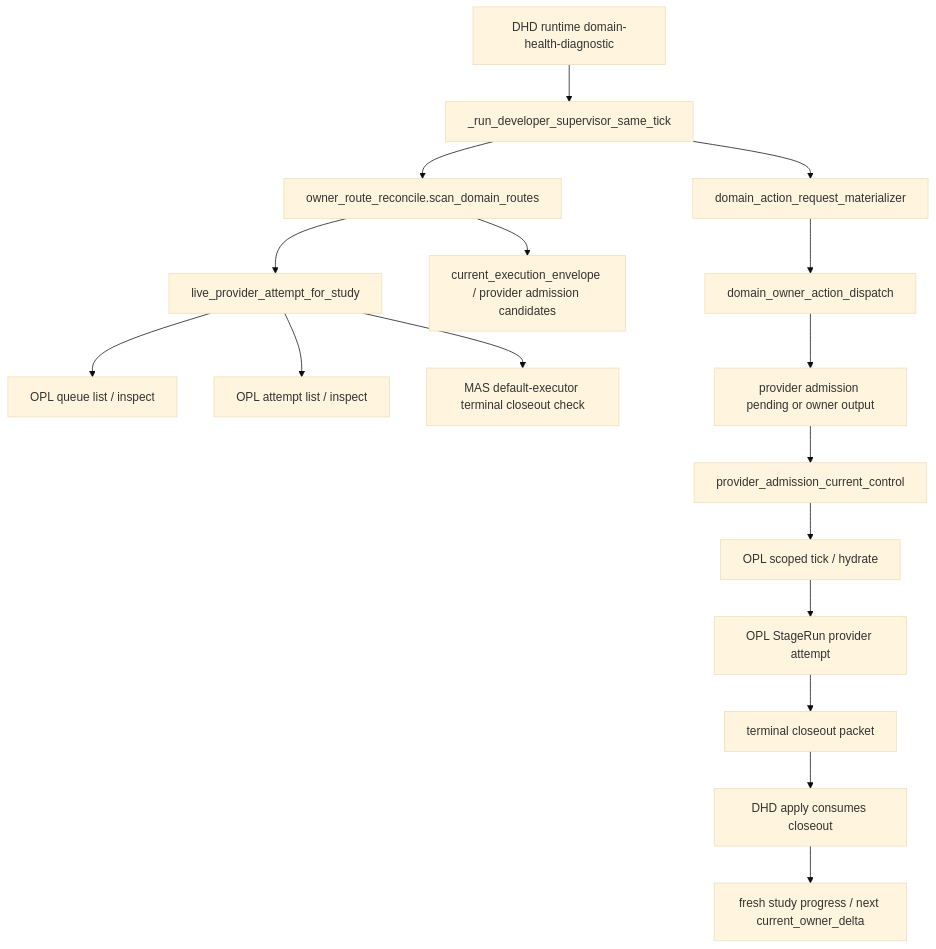
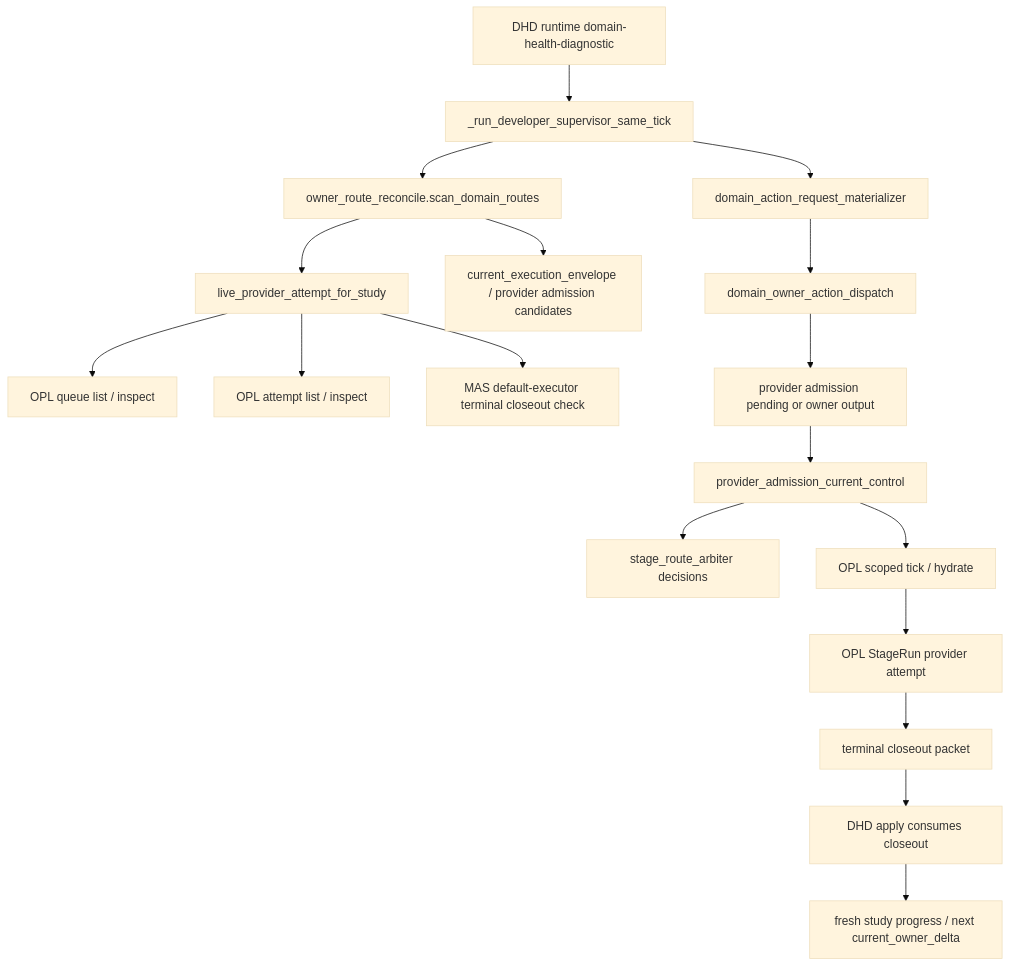
The first of 2 diagrams in docs/runtime/designs/stage_route_reconcile_target.md (gaofeng21cn/med-autoscience), drawn with Mermaid (base theme) before and after one commit. The commit also changed other lines of this file and 8 other files, not shown here.

Commit message:
fix(runtime): add stage route arbiter surface

````diff
--- a/docs/runtime/designs/stage_route_reconcile_target.md
+++ b/docs/runtime/designs/stage_route_reconcile_target.md
@@ -19,19 +19,20 @@
 ```mermaid
 flowchart TD
   A["DHD runtime domain-health-diagnostic"] --> B["_run_developer_supervisor_same_tick"]
   B --> C["owner_route_reconcile.scan_domain_routes"]
   C --> D["live_provider_attempt_for_study"]
   D --> D1["OPL queue list / inspect"]
   D --> D2["OPL attempt list / inspect"]
   D --> D3["MAS default-executor terminal closeout check"]
   C --> E["current_execution_envelope / provider admission candidates"]
   B --> F["domain_action_request_materializer"]
   F --> G["domain_owner_action_dispatch"]
   G --> H["provider admission pending or owner output"]
   H --> I["provider_admission_current_control"]
+  I --> I2["stage_route_arbiter decisions"]
   I --> J["OPL scoped tick / hydrate"]
   J --> K["OPL StageRun provider attempt"]
   K --> L["terminal closeout packet"]
   L --> M["DHD apply consumes closeout"]
   M --> N["fresh study progress / next current_owner_delta"]
 ```
````
